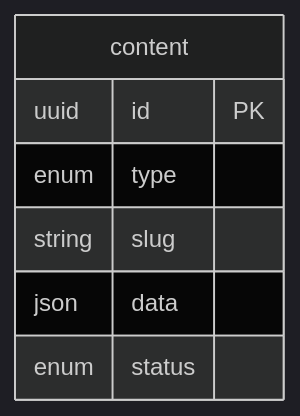
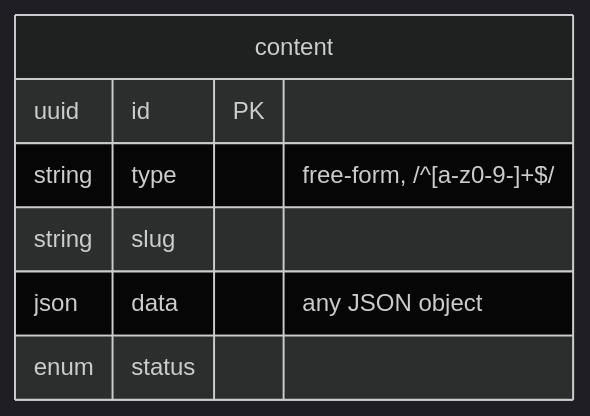
One commit to spencerjireh/folionaut changed the diagram in docs-site/decisions/007-content-model-flexibility.md. Above: the diagram before and after it, drawn with Mermaid (dark theme). The commit also changed other lines of this file and 7 other files, not shown here.

````diff
--- a/docs-site/decisions/007-content-model-flexibility.md
+++ b/docs-site/decisions/007-content-model-flexibility.md
@@ -34,10 +41,10 @@
 ```mermaid
 erDiagram
     content {
         uuid id PK
-        enum type
+        string type "free-form, /^[a-z0-9-]+$/"
         string slug
-        json data
+        json data "any JSON object"
         enum status
     }
 ```
````
